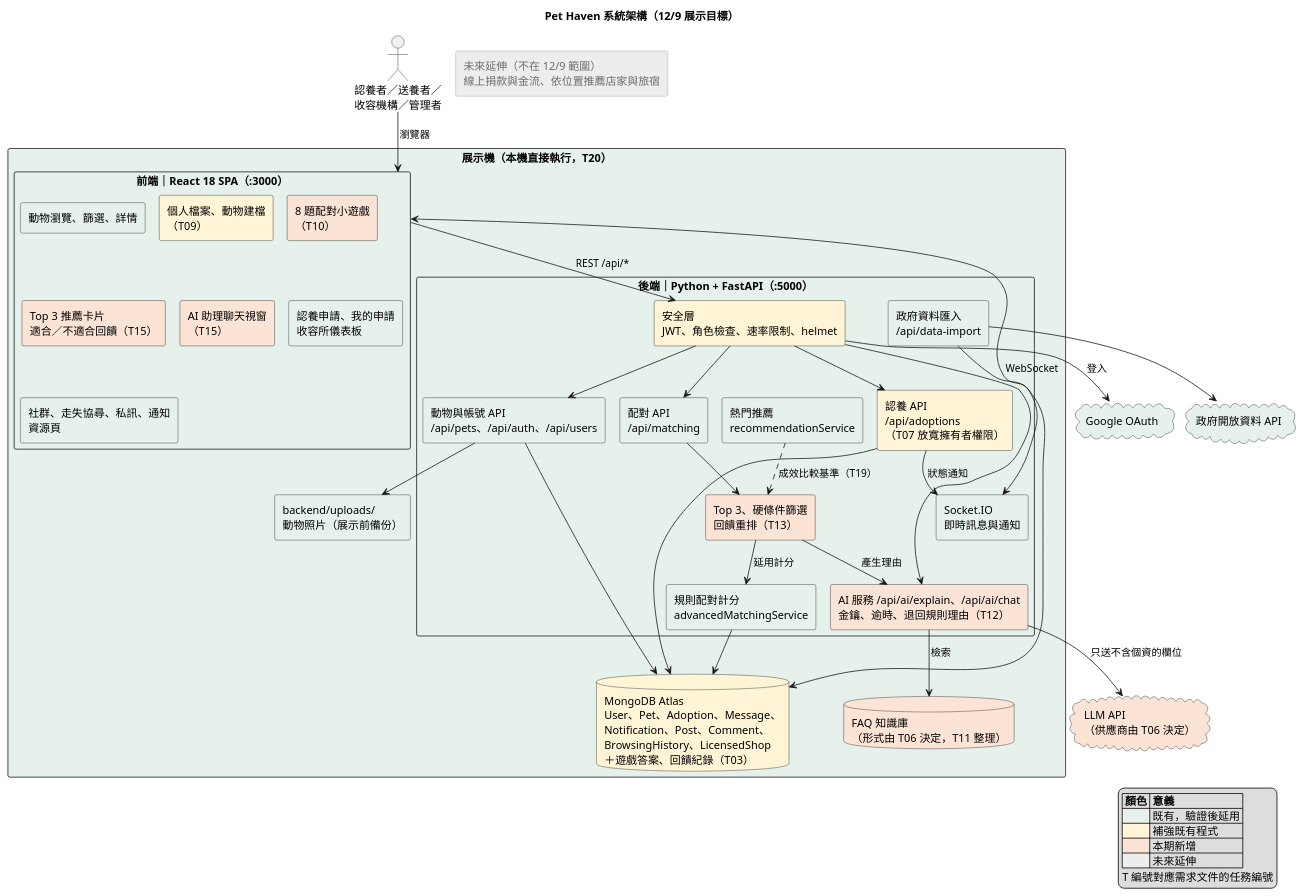
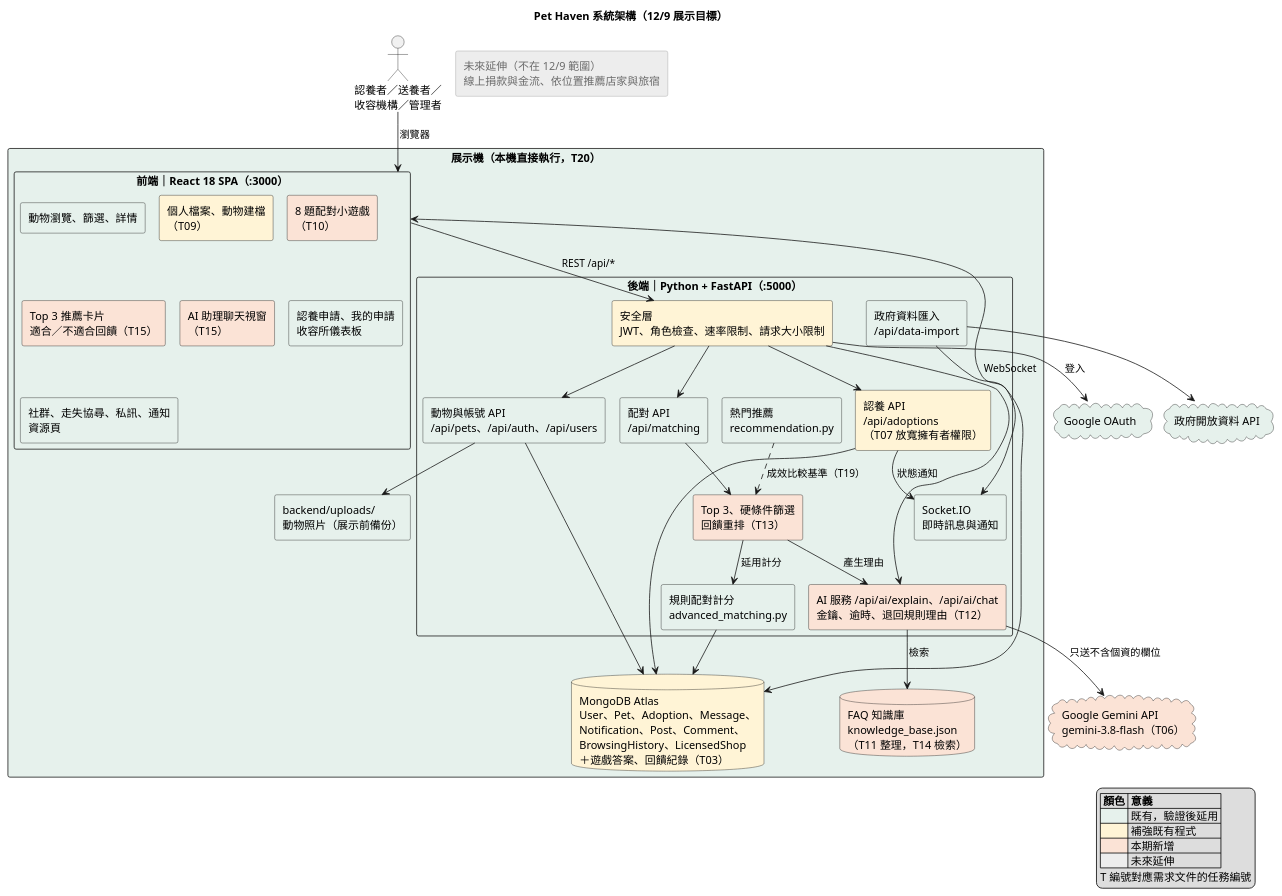
One commit to Shandi00/pet-haven changed the diagram in docs/architecture/diagrams/system-architecture.puml. Above: the diagram before and after it, drawn with PlantUML. The commit also changed 4 other files, not shown here.

First line of the commit message:
docs: 現況架構補齊新增欄位、認養狀態圖與 FastAPI 敘述，更新架構圖 (T03)

```diff
--- a/docs/architecture/diagrams/system-architecture.puml
+++ b/docs/architecture/diagrams/system-architecture.puml
@@ -1,98 +1,98 @@
 @startuml system-architecture
 ' Pet Haven 系統架構圖（12/9 展示時的目標架構）
 ' 依據：docs/architecture/現況架構.md、docs/superpowers/specs/2026-11-25-需求與展示範圍-design.md
 ' 顏色：綠＝既有、黃＝補強、橘＝本期新增、灰＝選做或未來延伸
 !pragma layout smetana
 skinparam defaultFontName "Microsoft JhengHei"
 skinparam shadowing false
 skinparam componentStyle rectangle
 skinparam rectangle {
   BackgroundColor<<existing>> #E6F1EC
   BackgroundColor<<enhance>> #FFF4D6
   BackgroundColor<<new>> #FBE3D6
   BackgroundColor<<future>> #EDEDED
   BorderColor<<future>> #9A9A9A
   FontColor<<future>> #6B6B6B
 }
 skinparam database {
   BackgroundColor<<existing>> #E6F1EC
   BackgroundColor<<enhance>> #FFF4D6
   BackgroundColor<<new>> #FBE3D6
 }
 skinparam cloud {
   BackgroundColor<<existing>> #E6F1EC
   BackgroundColor<<new>> #FBE3D6
 }
 hide stereotype
 
 title Pet Haven 系統架構（12/9 展示目標）
 
 actor "認養者／送養者／\n收容機構／管理者" as U
 
 rectangle "展示機（本機直接執行，T20）" <<existing>> {
 
   rectangle "前端｜React 18 SPA（:3000）" as FE <<existing>> {
     rectangle "動物瀏覽、篩選、詳情" as FE_PET <<existing>>
     rectangle "個人檔案、動物建檔\n（T09）" as FE_PROFILE <<enhance>>
     rectangle "8 題配對小遊戲\n（T10）" as FE_GAME <<new>>
     rectangle "Top 3 推薦卡片\n適合／不適合回饋（T15）" as FE_REC <<new>>
     rectangle "AI 助理聊天視窗\n（T15）" as FE_CHAT <<new>>
     rectangle "認養申請、我的申請\n收容所儀表板" as FE_ADOPT <<existing>>
     rectangle "社群、走失協尋、私訊、通知\n資源頁" as FE_SOCIAL <<existing>>
   }
 
   rectangle "後端｜Python + FastAPI（:5000）" as BE <<existing>> {
-    rectangle "安全層\nJWT、角色檢查、速率限制、helmet" as BE_SEC <<enhance>>
+    rectangle "安全層\nJWT、角色檢查、速率限制、請求大小限制" as BE_SEC <<enhance>>
     rectangle "認養 API\n/api/adoptions\n（T07 放寬擁有者權限）" as BE_ADOPT <<enhance>>
     rectangle "動物與帳號 API\n/api/pets、/api/auth、/api/users" as BE_PET <<existing>>
     rectangle "配對 API\n/api/matching" as BE_MATCH <<existing>>
-    rectangle "規則配對計分\nadvancedMatchingService" as SVC_MATCH <<existing>>
-    rectangle "熱門推薦\nrecommendationService" as SVC_POP <<existing>>
+    rectangle "規則配對計分\nadvanced_matching.py" as SVC_MATCH <<existing>>
+    rectangle "熱門推薦\nrecommendation.py" as SVC_POP <<existing>>
     rectangle "Top 3、硬條件篩選\n回饋重排（T13）" as SVC_TOP3 <<new>>
     rectangle "AI 服務 /api/ai/explain、/api/ai/chat\n金鑰、逾時、退回規則理由（T12）" as SVC_AI <<new>>
     rectangle "政府資料匯入\n/api/data-import" as BE_IMPORT <<existing>>
     rectangle "Socket.IO\n即時訊息與通知" as BE_IO <<existing>>
   }
 
   database "MongoDB Atlas\nUser、Pet、Adoption、Message、\nNotification、Post、Comment、\nBrowsingHistory、LicensedShop\n＋遊戲答案、回饋紀錄（T03）" as DB <<enhance>>
-  database "FAQ 知識庫\n（形式由 T06 決定，T11 整理）" as KB <<new>>
+  database "FAQ 知識庫\nknowledge_base.json\n（T11 整理，T14 檢索）" as KB <<new>>
   rectangle "backend/uploads/\n動物照片（展示前備份）" as VOL <<existing>>
 }
 
-cloud "LLM API\n（供應商由 T06 決定）" as LLM <<new>>
+cloud "Google Gemini API\ngemini-3.8-flash（T06）" as LLM <<new>>
 cloud "Google OAuth" as GOOGLE <<existing>>
 cloud "政府開放資料 API" as GOV <<existing>>
 
 rectangle "未來延伸（不在 12/9 範圍）\n線上捐款與金流、依位置推薦店家與旅宿" as FUTURE <<future>>
 
 U --> FE : 瀏覽器
 FE --> BE_SEC : REST /api/*
 FE <--> BE_IO : WebSocket
 BE_SEC --> BE_PET
 BE_SEC --> BE_ADOPT
 BE_SEC --> BE_MATCH
 BE_SEC --> SVC_AI
 BE_MATCH --> SVC_TOP3
 SVC_TOP3 --> SVC_MATCH : 延用計分
 SVC_TOP3 --> SVC_AI : 產生理由
 SVC_POP ..> SVC_TOP3 : 成效比較基準（T19）
 SVC_AI --> KB : 檢索
 SVC_AI --> LLM : 只送不含個資的欄位
 BE_ADOPT --> BE_IO : 狀態通知
 BE_PET --> DB
 BE_ADOPT --> DB
 SVC_MATCH --> DB
 BE_PET --> VOL
 BE_IMPORT --> GOV
 BE_IMPORT --> DB
 BE_SEC --> GOOGLE : 登入
 
 legend right
   |= 顏色 |= 意義 |
   |<#E6F1EC>| 既有，驗證後延用 |
   |<#FFF4D6>| 補強既有程式 |
   |<#FBE3D6>| 本期新增 |
   |<#EDEDED>| 未來延伸 |
   T 編號對應需求文件的任務編號
 endlegend
 @enduml
```
